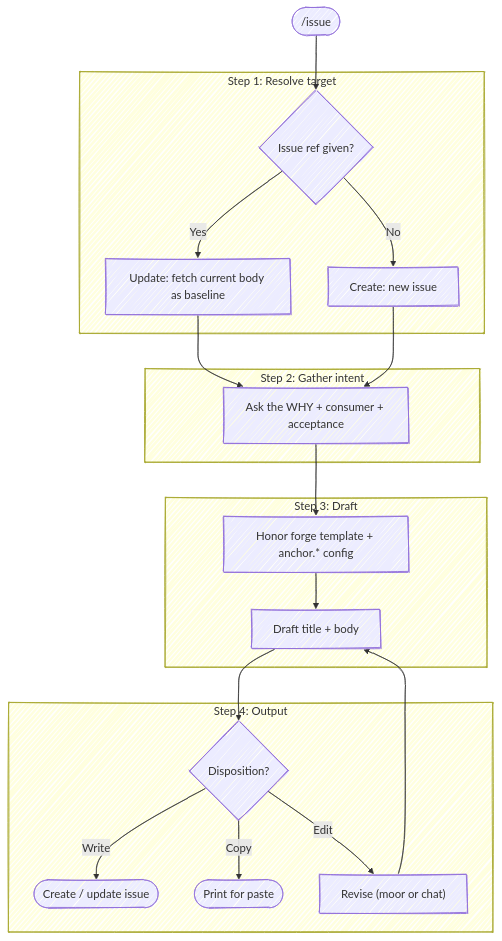
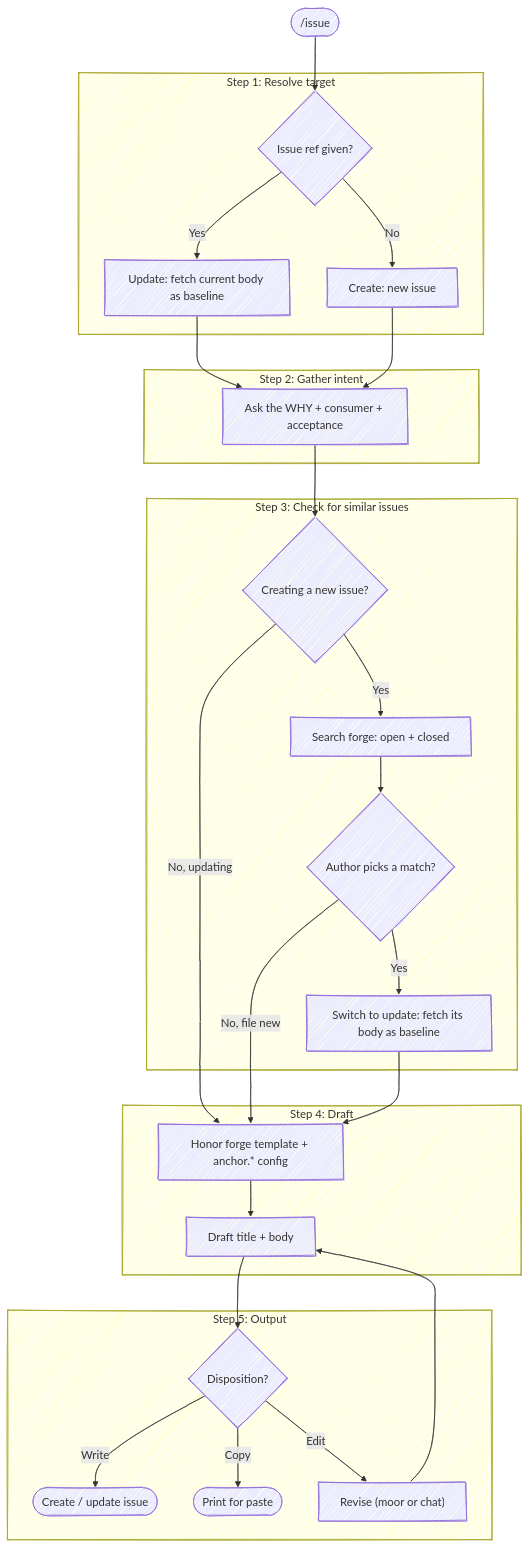
The diagram in skills/issue/SKILL.md (chris-peterson/anchor), drawn with Mermaid before and after one commit. The commit also changed other lines of this file, not shown here.

First line of the commit message:
Add a similar-issue check before filing a new issue

````diff
--- a/skills/issue/SKILL.md
+++ b/skills/issue/SKILL.md
@@ -14,27 +14,38 @@
 ```mermaid
 %%{ init: { 'look': 'handDrawn' } }%%
 flowchart TD
     Start(["/issue"]) --> Mode{Issue ref given?}
 
     subgraph "Step 1: Resolve target"
         Mode -->|Yes| Update["Update: fetch current body as baseline"]
         Mode -->|No| Create["Create: new issue"]
     end
 
     subgraph "Step 2: Gather intent"
         Update --> Why["Ask the WHY + consumer + acceptance"]
         Create --> Why
     end
 
-    subgraph "Step 3: Draft"
-        Why --> Tmpl["Honor forge template + anchor.* config"]
+    subgraph "Step 3: Check for similar issues"
+        Why --> FromCreate{Creating a new issue?}
+        FromCreate -->|Yes| Search["Search forge: open + closed"]
+        Search --> Match{Author picks a match?}
+        Match -->|Yes| Reuse["Switch to update: fetch its body as baseline"]
+    end
+
+    subgraph "Step 4: Draft"
+        Tmpl["Honor forge template + anchor.* config"]
         Tmpl --> Draft["Draft title + body"]
     end
 
-    subgraph "Step 4: Output"
+    FromCreate -->|No, updating| Tmpl
+    Match -->|No, file new| Tmpl
+    Reuse --> Tmpl
+
+    subgraph "Step 5: Output"
         Draft --> Out{Disposition?}
         Out -->|Write| Forge(["Create / update issue"])
         Out -->|Copy| CopyOnly(["Print for paste"])
         Out -->|Edit| Revise["Revise (moor or chat)"] --> Draft
     end
 ```
````
